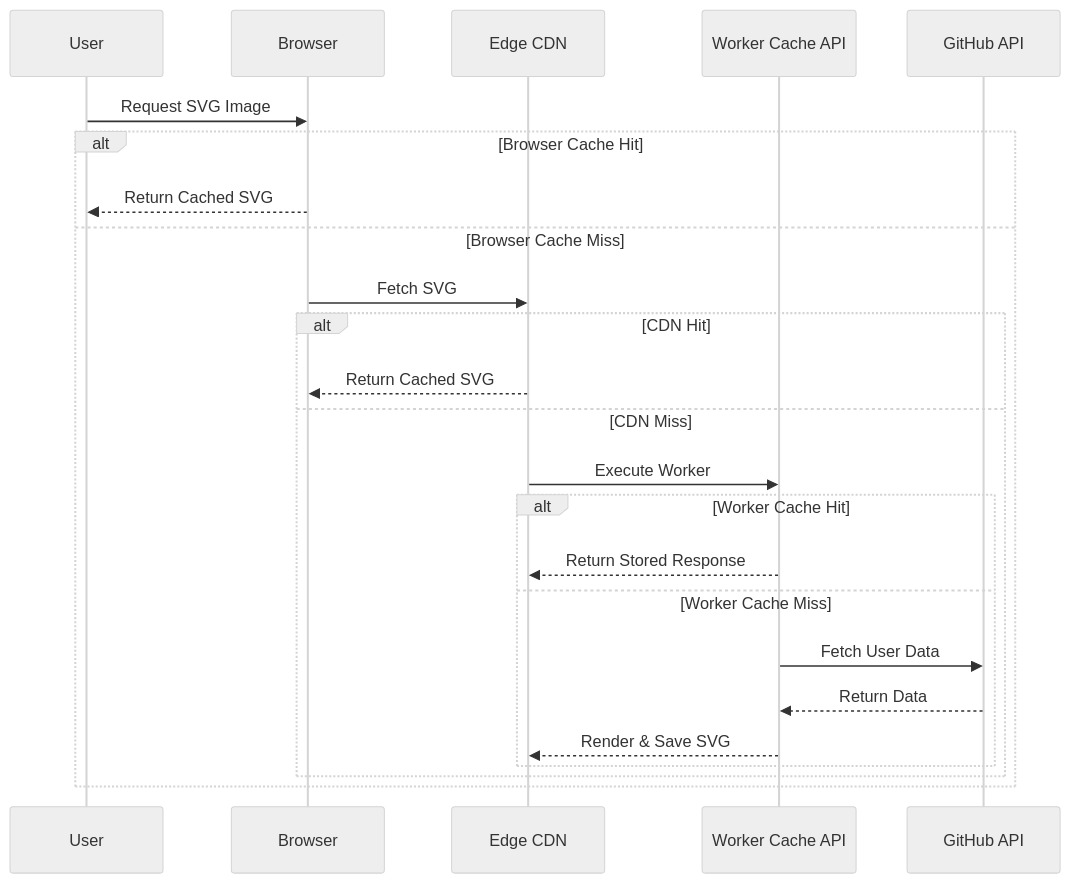
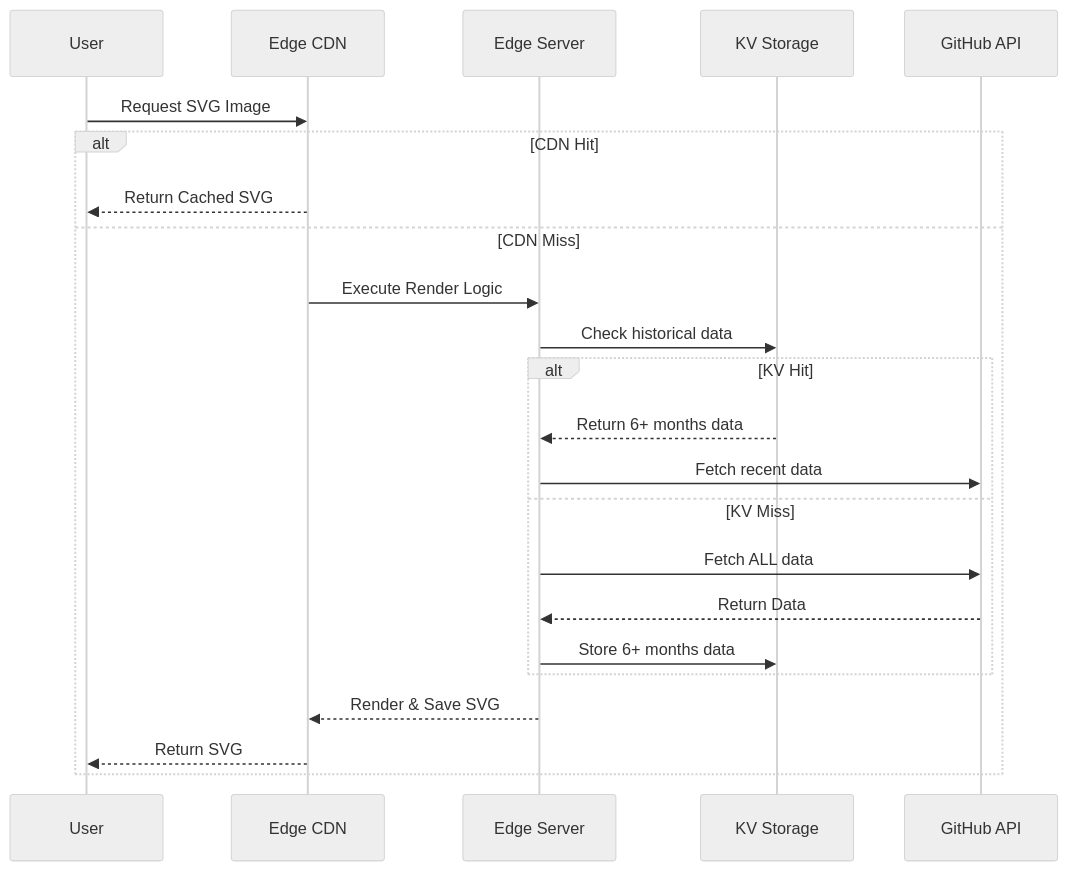
One commit to rahuldhole/rahuldhole changed the diagram in content/blog/journey-github-streak-caching.md. Above: the diagram before and after it, drawn with Mermaid (neutral theme). The commit also changed other lines of this file, not shown here.

Commit message:
docs: update journey-github-streak-caching post to reflect transition from CDN-only to dual-layer KV and Edge caching architecture

````diff
--- a/content/blog/journey-github-streak-caching.md
+++ b/content/blog/journey-github-streak-caching.md
@@ -25,27 +25,26 @@
 ```mermaid
 sequenceDiagram
     participant User
-    participant Browser
     participant CDN as Edge CDN
-    participant Worker as Worker Cache API
+    participant Edge as Edge Server
+    participant KV as KV Storage
     participant GitHub as GitHub API
 
-    User->>Browser: Request SVG Image
-    alt Browser Cache Hit
-        Browser-->>User: Return Cached SVG
-    else Browser Cache Miss
-        Browser->>CDN: Fetch SVG
-        alt CDN Hit
-            CDN-->>Browser: Return Cached SVG
-        else CDN Miss
-            CDN->>Worker: Execute Worker
-            alt Worker Cache Hit
-                Worker-->>CDN: Return Stored Response
-            else Worker Cache Miss
-                Worker->>GitHub: Fetch User Data
-                GitHub-->>Worker: Return Data
-                Worker-->>CDN: Render & Save SVG
-            end
+    User->>CDN: Request SVG Image
+    alt CDN Hit
+        CDN-->>User: Return Cached SVG
+    else CDN Miss
+        CDN->>Edge: Execute Render Logic
+        Edge->>KV: Check historical data
+        alt KV Hit
+            KV-->>Edge: Return 6+ months data
+            Edge->>GitHub: Fetch recent data
+        else KV Miss
+            Edge->>GitHub: Fetch ALL data
+            GitHub-->>Edge: Return Data
+            Edge->>KV: Store 6+ months data
         end
+        Edge-->>CDN: Render & Save SVG
+        CDN-->>User: Return SVG
     end
 ```
````
